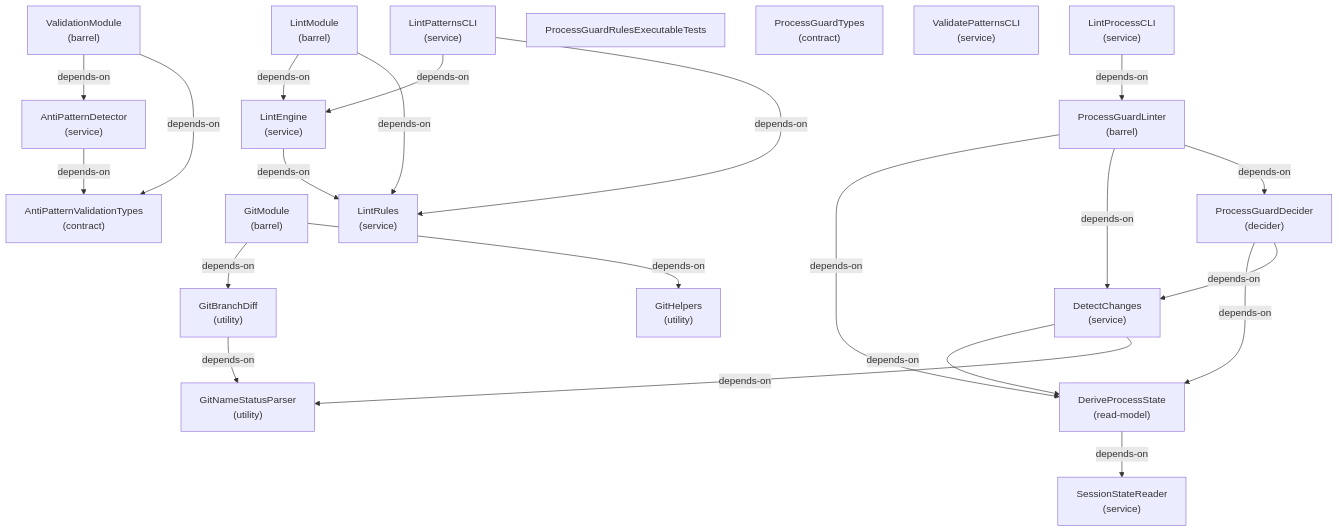
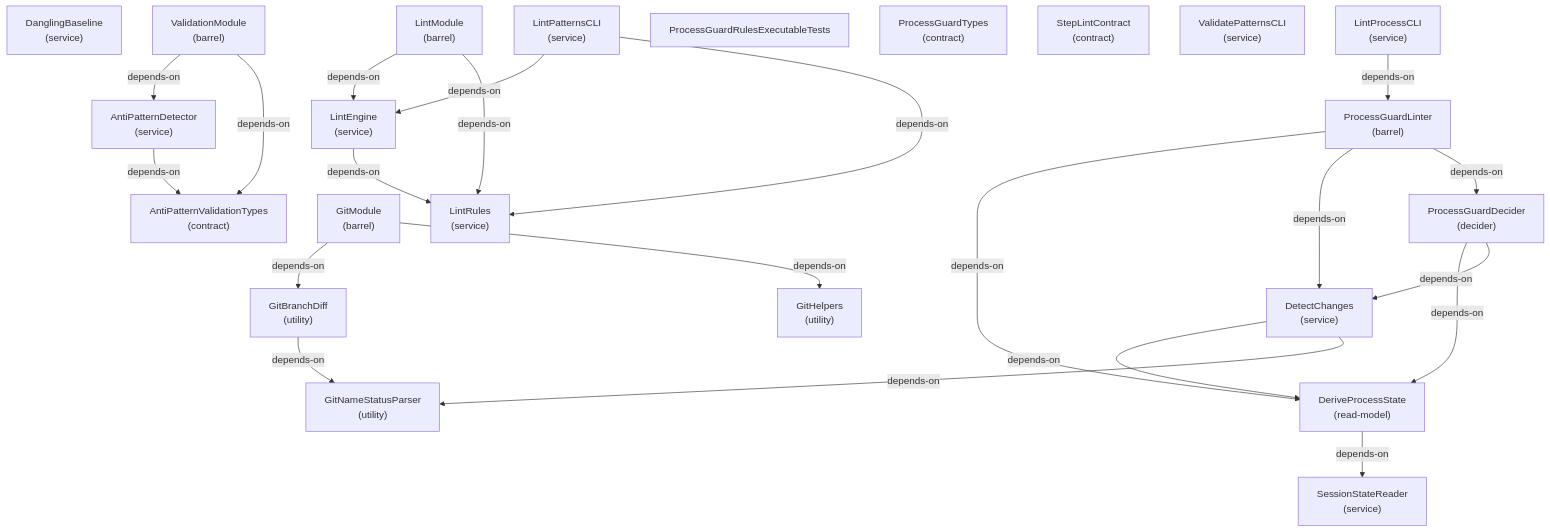
One commit to libar-dev/architect changed the fourth of 8 diagrams in docs-live/architecture/package-seam.md. Above: the diagram before and after it, drawn with Mermaid. The commit also changed other lines of this file and 185 other files, not shown here.

Commit message:
refactor(architect): replace facade with frozen graph handle

````diff
--- a/docs-live/architecture/package-seam.md
+++ b/docs-live/architecture/package-seam.md
@@ -245,43 +251,45 @@
 ```mermaid
 graph TD
   antipatterndetector["AntiPatternDetector<br/>(service)"]
   antipatternvalidationtypes["AntiPatternValidationTypes<br/>(contract)"]
+  danglingbaseline["DanglingBaseline<br/>(service)"]
   deriveprocessstate["DeriveProcessState<br/>(read-model)"]
   detectchanges["DetectChanges<br/>(service)"]
   gitbranchdiff["GitBranchDiff<br/>(utility)"]
   githelpers["GitHelpers<br/>(utility)"]
   gitmodule["GitModule<br/>(barrel)"]
   gitnamestatusparser["GitNameStatusParser<br/>(utility)"]
   lintengine["LintEngine<br/>(service)"]
   lintmodule["LintModule<br/>(barrel)"]
   lintpatternscli["LintPatternsCLI<br/>(service)"]
   lintprocesscli["LintProcessCLI<br/>(service)"]
   lintrules["LintRules<br/>(service)"]
   processguarddecider["ProcessGuardDecider<br/>(decider)"]
   processguardlinter["ProcessGuardLinter<br/>(barrel)"]
   processguardrulesexecutabletests["ProcessGuardRulesExecutableTests"]
   processguardtypes["ProcessGuardTypes<br/>(contract)"]
   sessionstatereader["SessionStateReader<br/>(service)"]
+  steplintcontract["StepLintContract<br/>(contract)"]
   validatepatternscli["ValidatePatternsCLI<br/>(service)"]
   validationmodule["ValidationModule<br/>(barrel)"]
   antipatterndetector -->|depends-on| antipatternvalidationtypes
   deriveprocessstate -->|depends-on| sessionstatereader
   detectchanges -->|depends-on| deriveprocessstate
   detectchanges -->|depends-on| gitnamestatusparser
   gitbranchdiff -->|depends-on| gitnamestatusparser
   gitmodule -->|depends-on| gitbranchdiff
   gitmodule -->|depends-on| githelpers
   lintengine -->|depends-on| lintrules
   lintmodule -->|depends-on| lintengine
   lintmodule -->|depends-on| lintrules
   lintpatternscli -->|depends-on| lintengine
   lintpatternscli -->|depends-on| lintrules
   lintprocesscli -->|depends-on| processguardlinter
   processguarddecider -->|depends-on| deriveprocessstate
   processguarddecider -->|depends-on| detectchanges
   processguardlinter -->|depends-on| deriveprocessstate
   processguardlinter -->|depends-on| detectchanges
   processguardlinter -->|depends-on| processguarddecider
   validationmodule -->|depends-on| antipatterndetector
   validationmodule -->|depends-on| antipatternvalidationtypes
 ```
````
